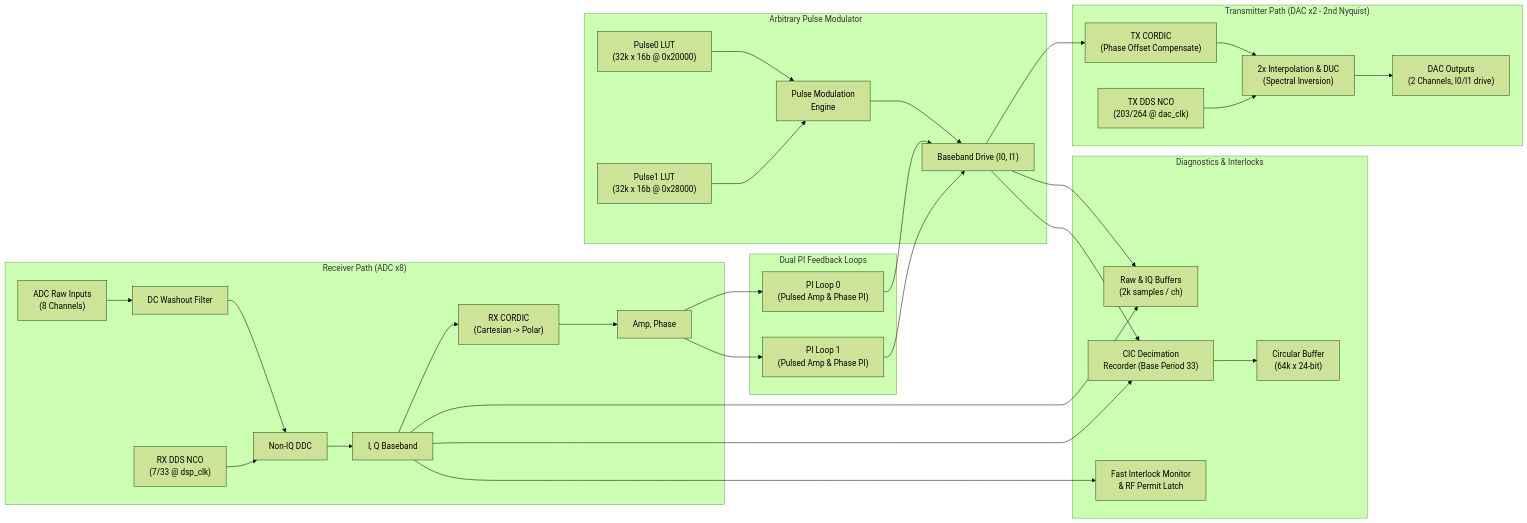
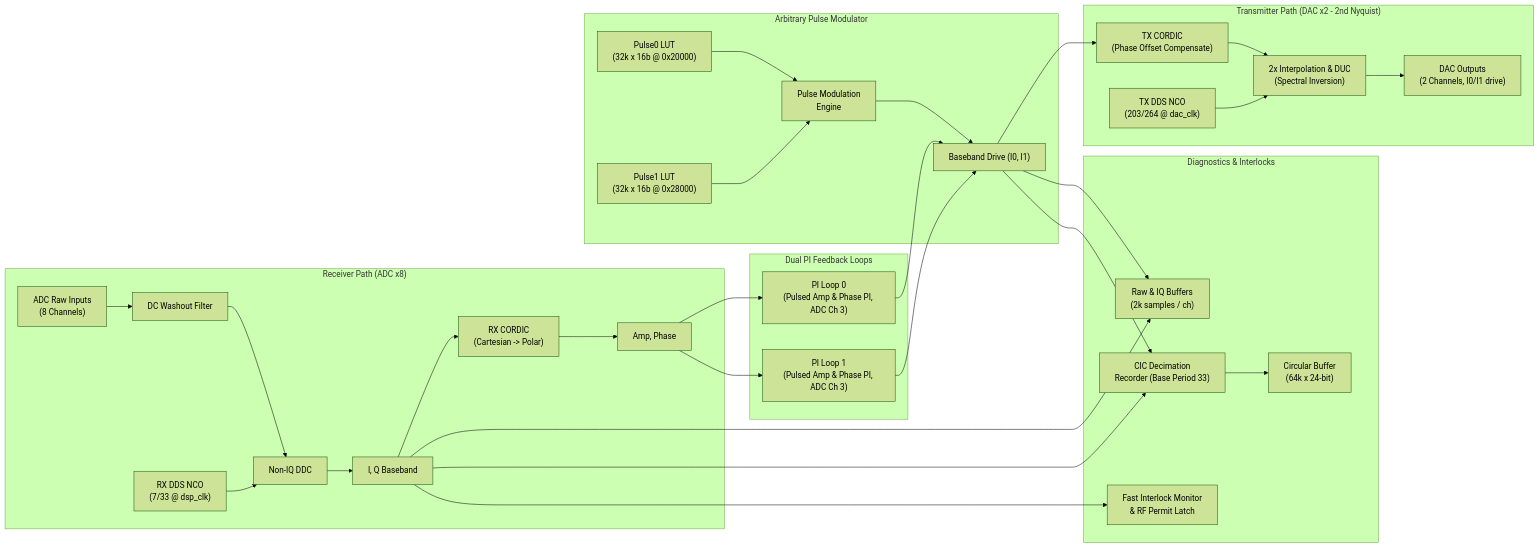
Before and after one commit to BerkeleyLab/uspas_llrf: the diagram in designs/pip-ii/README.md, drawn with Mermaid (forest theme). The commit also changed other lines of this file and 17 other files, not shown here.

````diff
--- a/designs/pip-ii/README.md
+++ b/designs/pip-ii/README.md
@@ -35,40 +35,40 @@
 ```mermaid
 flowchart LR
     subgraph RX_Path["Receiver Path (ADC x8)"]
         ADC["ADC Raw Inputs<br/>(8 Channels)"] --> WASH["DC Washout Filter"]
         WASH --> DDC["Non-IQ DDC"]
         RX_DDS["RX DDS NCO<br/>(7/33 @ dsp_clk)"] --> DDC
         DDC --> IQ_BB["I, Q Baseband"]
         IQ_BB --> RX_CORDIC["RX CORDIC<br/>(Cartesian -> Polar)"]
         RX_CORDIC --> AMP_PHS["Amp, Phase"]
     end
 
     subgraph Pulse_LUT["Arbitrary Pulse Modulator"]
         P0_LUT["Pulse0 LUT<br/>(32k x 16b @ 0x20000)"] --> MOD["Pulse Modulation<br/>Engine"]
         P1_LUT["Pulse1 LUT<br/>(32k x 16b @ 0x28000)"] --> MOD
         MOD --> DRIVE
     end
 
     subgraph Control_Loops["Dual PI Feedback Loops"]
-        AMP_PHS --> PI0["PI Loop 0<br/>(Pulsed Amp & Phase PI)"]
-        AMP_PHS --> PI1["PI Loop 1<br/>(Pulsed Amp & Phase PI)"]
+        AMP_PHS --> PI0["PI Loop 0<br/>(Pulsed Amp & Phase PI, ADC Ch 3)"]
+        AMP_PHS --> PI1["PI Loop 1<br/>(Pulsed Amp & Phase PI, ADC Ch 3)"]
         PI0 --> DRIVE["Baseband Drive (I0, I1)"]
         PI1 --> DRIVE
     end
 
     subgraph TX_Path["Transmitter Path (DAC x2 - 2nd Nyquist)"]
         DRIVE --> TX_CORDIC["TX CORDIC<br/>(Phase Offset Compensate)"]
         TX_CORDIC --> DUC["2x Interpolation & DUC<br/>(Spectral Inversion)"]
         TX_DDS["TX DDS NCO<br/>(203/264 @ dac_clk)"] --> DUC
         DUC --> DAC["DAC Outputs<br/>(2 Channels, I0/I1 drive)"]
     end
 
     subgraph Diagnostics["Diagnostics & Interlocks"]
         IQ_BB --> RAW_BUF["Raw & IQ Buffers<br/>(2k samples / ch)"]
         DRIVE --> RAW_BUF
         IQ_BB --> CIC["CIC Decimation<br/>Recorder (Base Period 33)"]
         DRIVE --> CIC
         CIC --> CBUF["Circular Buffer<br/>(64k x 24-bit)"]
         IQ_BB --> INLK["Fast Interlock Monitor<br/>& RF Permit Latch"]
     end
 ```
````
